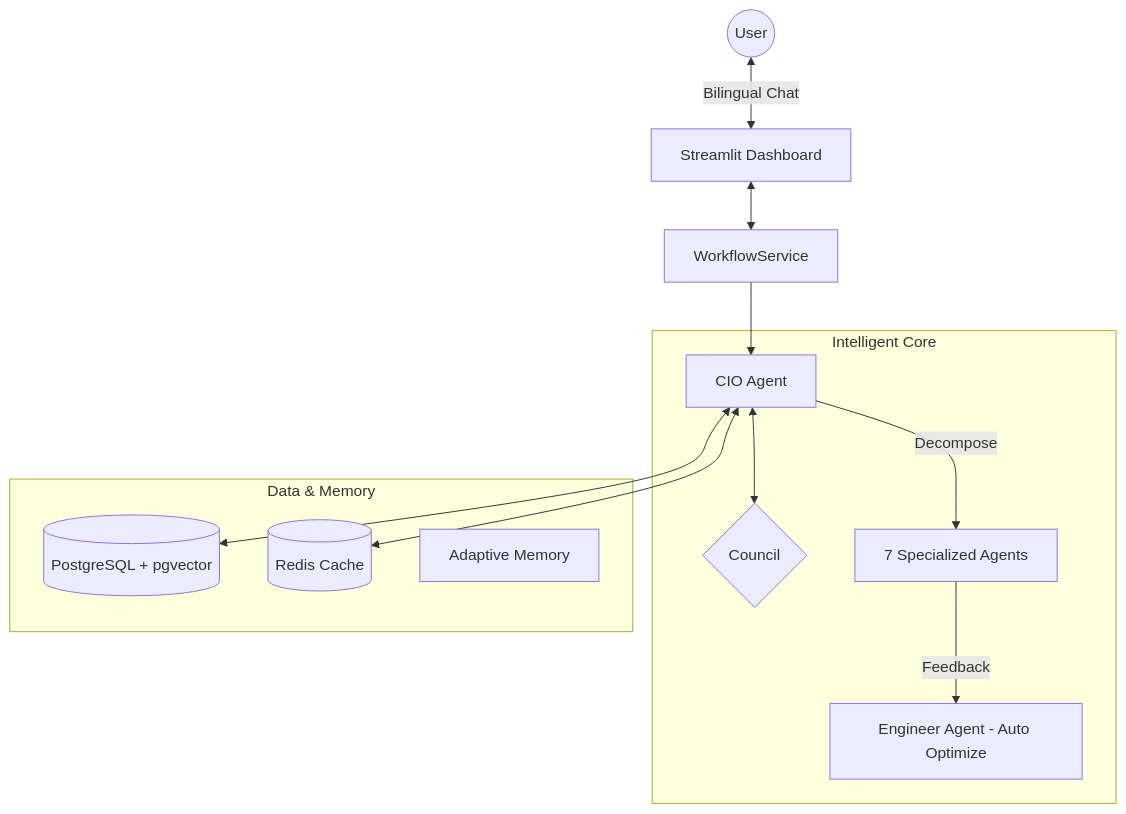
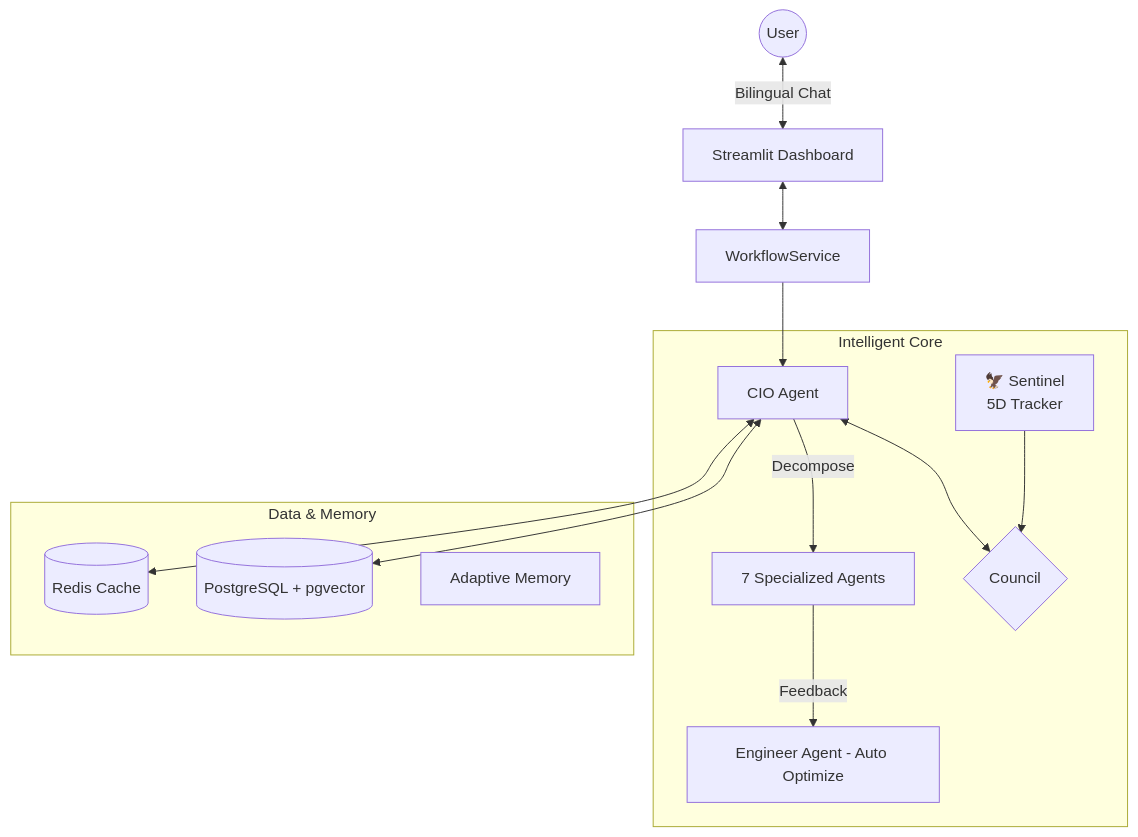
The second of 3 diagrams in README.md (neohsiung/AI-Investment-Advisor), drawn with Mermaid before and after one commit. The commit also changed other lines of this file and 5 other files, not shown here.

````diff
--- a/README.md
+++ b/README.md
@@ -89,20 +89,21 @@
 ```mermaid
 graph TD
     User((User)) <-->|Bilingual Chat| DASH[Streamlit Dashboard]
     DASH <--> WF[WorkflowService]
     
     subgraph "Intelligent Core"
         CIO[CIO Agent] <--> COUNCIL{Council}
         CIO -->|Decompose| SUB[7 Specialized Agents]
         SUB -->|Feedback| ENG[Engineer Agent - Auto Optimize]
+        S[🦅 Sentinel<br/>5D Tracker] --> COUNCIL
     end
 
     subgraph "Data & Memory"
         PG[(PostgreSQL + pgvector)]
         RD[(Redis Cache)]
         MEM[Adaptive Memory]
     end
 
     WF --> CIO
     CIO <--> PG & RD
 ```
````
